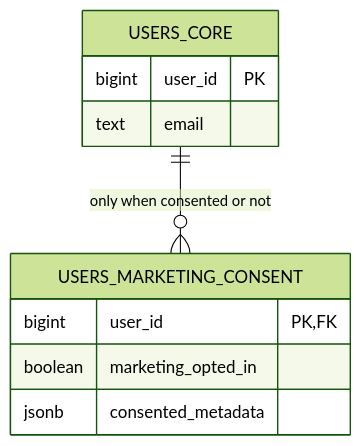
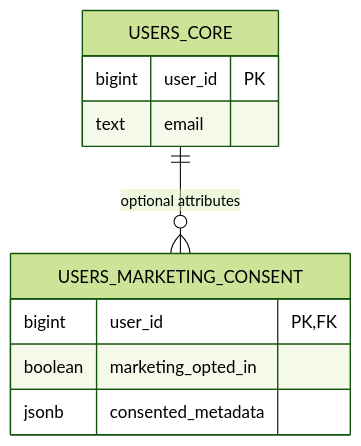
Before and after one commit to AlxcNL/Data-Technologies-public: the fourth of 4 diagrams in Workshops/Workshop 5 - Optimalisation/4 - Partitioning.md, drawn with Mermaid (forest theme). The commit also changed other lines of this file, not shown here.

````diff
--- a/Workshops/Workshop 5 - Optimalisation/4 - Partitioning.md
+++ b/Workshops/Workshop 5 - Optimalisation/4 - Partitioning.md
@@ -562,14 +572,14 @@
 ```mermaid
 erDiagram
 USERS_CORE {
         bigint user_id PK
         text   email
     }
 USERS_MARKETING_CONSENT {
         bigint user_id PK, FK
         boolean marketing_opted_in
         jsonb   consented_metadata
     }
 
-USERS_CORE ||--o{ USERS_MARKETING_CONSENT : "only when consented or not"
+USERS_CORE ||--o{ USERS_MARKETING_CONSENT : "optional attributes"
 ```
````
